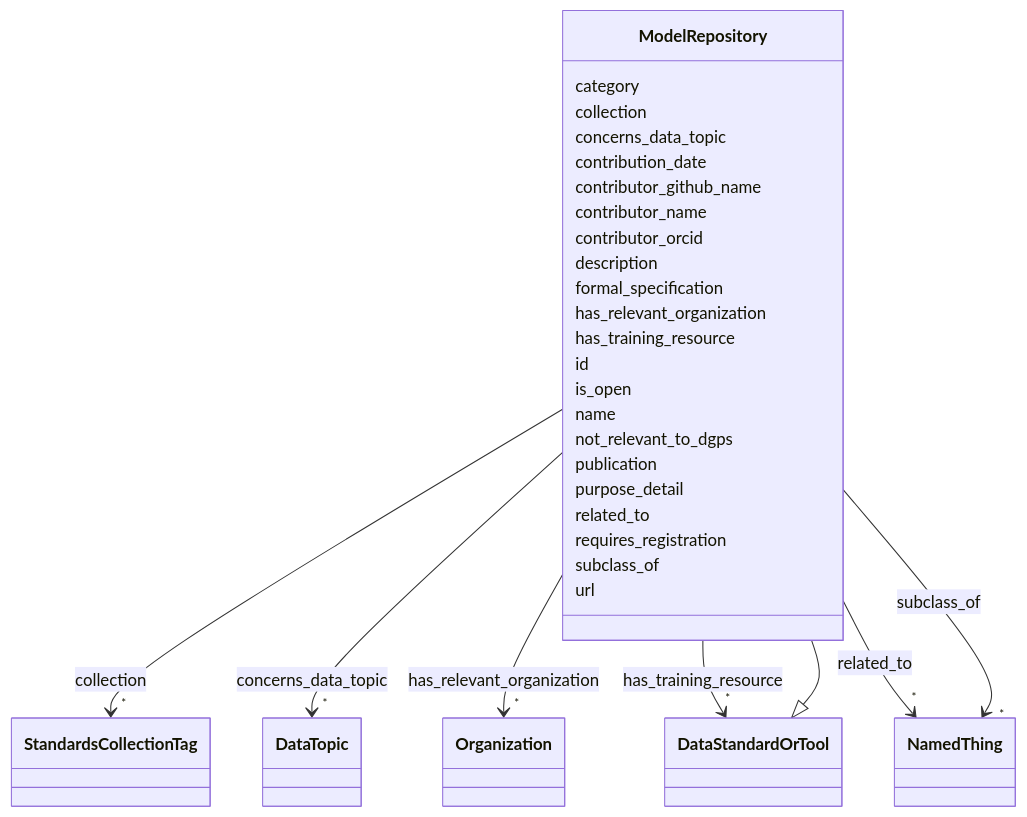
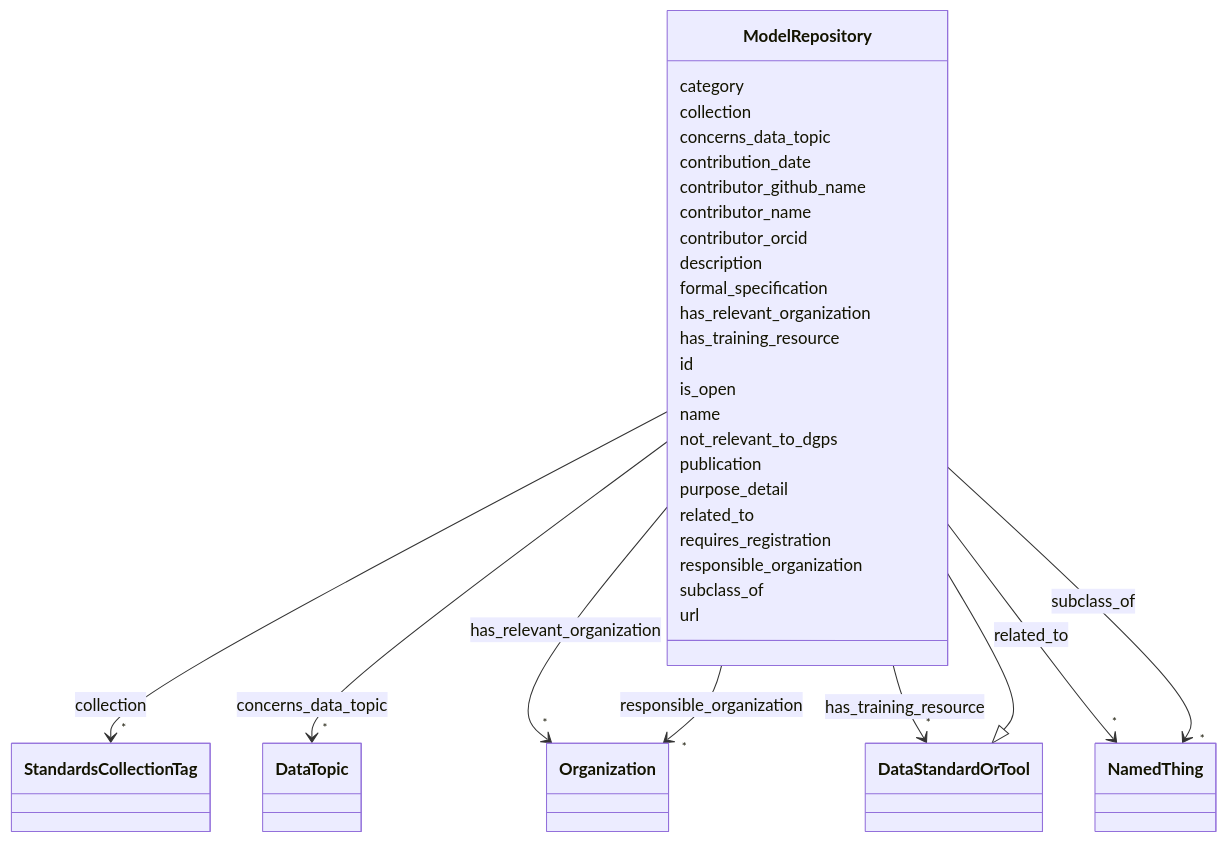
Before and after one commit to bridge2ai/standards-schemas: the diagram in docs/ModelRepository.md, drawn with Mermaid. The commit also changed other lines of this file and 37 other files, not shown here.

```diff
--- a/docs/ModelRepository.md
+++ b/docs/ModelRepository.md
@@ -96,6 +96,15 @@
         
       ModelRepository : requires_registration
         
+      ModelRepository : responsible_organization
+        
+          
+    
+    
+    ModelRepository --> "*" Organization : responsible_organization
+    click Organization href "../Organization"
+
+        
       ModelRepository : subclass_of
         
           
```
